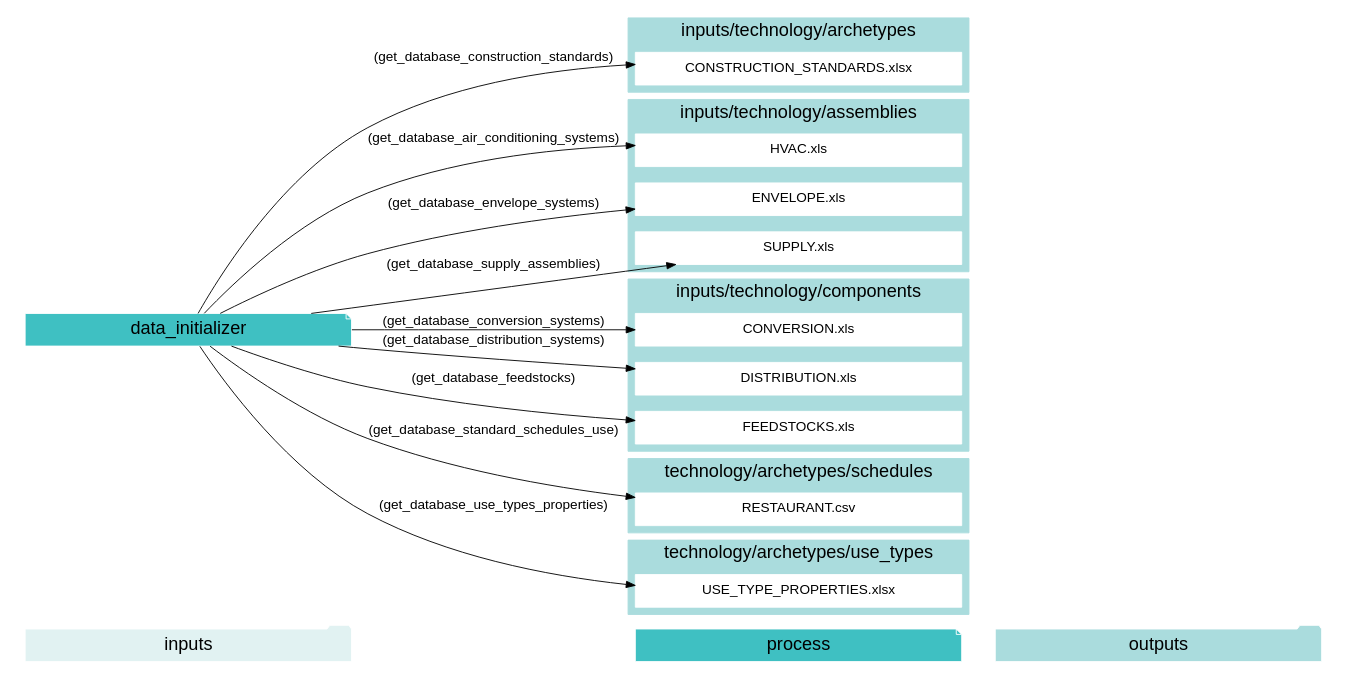
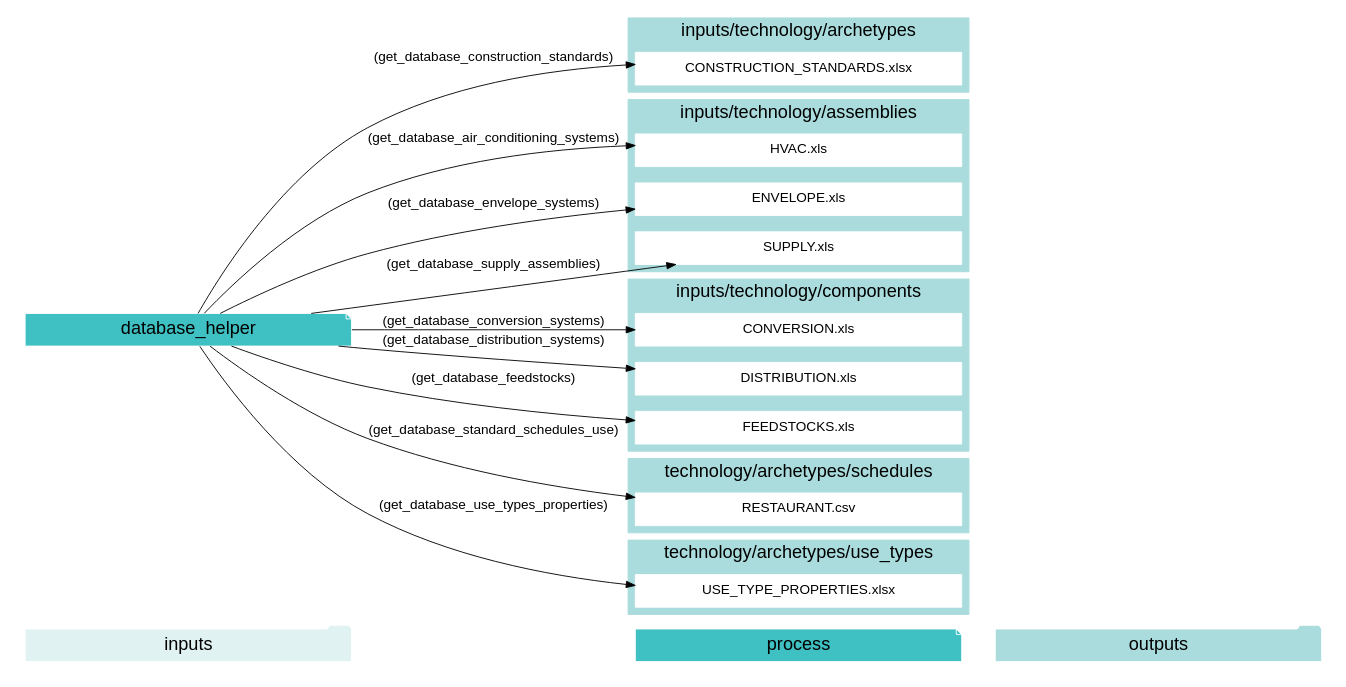
Before and after one commit to architecture-building-systems/CityEnergyAnalyst: diagram 14 of 22 in docs/script-data-flow.rst, drawn with Graphviz. The commit also changed other lines of this file and 15 other files, not shown here.

Commit message:
data initializer to database helper

```diff
--- a/docs/script-data-flow.rst
+++ b/docs/script-data-flow.rst
@@ -961,72 +961,72 @@
 .. graphviz::
 
-    digraph data_initializer {
+    digraph database_helper {
     rankdir="LR";
     graph [overlap=false, fontname=arial];
     node [shape=box, style=filled, color=white, fontsize=15, fontname=arial, fixedsize=true, width=5];
     edge [fontname=arial, fontsize = 15]
     newrank=true
     subgraph cluster_legend {
         fontsize=25
         style=invis
         "process"[style=filled, fillcolor="#3FC0C2", shape=note, fontsize=20, fontname="arial"]
         "inputs" [style=filled, shape=folder, color=white, fillcolor="#E1F2F2", fontsize=20]
         "outputs"[style=filled, shape=folder, color=white, fillcolor="#aadcdd", fontsize=20]
         "inputs"->"process"[style=invis]
         "process"->"outputs"[style=invis]
     }
-    "data_initializer"[style=filled, color=white, fillcolor="#3FC0C2", shape=note, fontsize=20, fontname=arial];
+    "database_helper"[style=filled, color=white, fillcolor="#3FC0C2", shape=note, fontsize=20, fontname=arial];
     subgraph cluster_0_out {
         style = filled;
         color = "#aadcdd";
         fontsize = 20;
         rank=same;
         label="inputs/technology/archetypes";
         get_database_construction_standards[label="CONSTRUCTION_STANDARDS.xlsx"];
     }
     subgraph cluster_1_out {
         style = filled;
         color = "#aadcdd";
         fontsize = 20;
         rank=same;
         label="inputs/technology/assemblies";
         get_database_air_conditioning_systems[label="HVAC.xls"];
         get_database_envelope_systems[label="ENVELOPE.xls"];
         get_database_supply_assemblies[label="SUPPLY.xls"];
     }
     subgraph cluster_2_out {
         style = filled;
         color = "#aadcdd";
         fontsize = 20;
         rank=same;
         label="inputs/technology/components";
         get_database_conversion_systems[label="CONVERSION.xls"];
         get_database_distribution_systems[label="DISTRIBUTION.xls"];
         get_database_feedstocks[label="FEEDSTOCKS.xls"];
     }
     subgraph cluster_3_out {
         style = filled;
         color = "#aadcdd";
         fontsize = 20;
         rank=same;
         label="technology/archetypes/schedules";
         get_database_standard_schedules_use[label="RESTAURANT.csv"];
     }
     subgraph cluster_4_out {
         style = filled;
         color = "#aadcdd";
         fontsize = 20;
         rank=same;
         label="technology/archetypes/use_types";
         get_database_use_types_properties[label="USE_TYPE_PROPERTIES.xlsx"];
     }
-    "data_initializer" -> get_database_air_conditioning_systems[label="(get_database_air_conditioning_systems)"];
-    "data_initializer" -> get_database_construction_standards[label="(get_database_construction_standards)"];
-    "data_initializer" -> get_database_conversion_systems[label="(get_database_conversion_systems)"];
-    "data_initializer" -> get_database_distribution_systems[label="(get_database_distribution_systems)"];
-    "data_initializer" -> get_database_envelope_systems[label="(get_database_envelope_systems)"];
-    "data_initializer" -> get_database_feedstocks[label="(get_database_feedstocks)"];
-    "data_initializer" -> get_database_standard_schedules_use[label="(get_database_standard_schedules_use)"];
-    "data_initializer" -> get_database_supply_assemblies[label="(get_database_supply_assemblies)"];
-    "data_initializer" -> get_database_use_types_properties[label="(get_database_use_types_properties)"];
+    "database_helper" -> get_database_air_conditioning_systems[label="(get_database_air_conditioning_systems)"];
+    "database_helper" -> get_database_construction_standards[label="(get_database_construction_standards)"];
+    "database_helper" -> get_database_conversion_systems[label="(get_database_conversion_systems)"];
+    "database_helper" -> get_database_distribution_systems[label="(get_database_distribution_systems)"];
+    "database_helper" -> get_database_envelope_systems[label="(get_database_envelope_systems)"];
+    "database_helper" -> get_database_feedstocks[label="(get_database_feedstocks)"];
+    "database_helper" -> get_database_standard_schedules_use[label="(get_database_standard_schedules_use)"];
+    "database_helper" -> get_database_supply_assemblies[label="(get_database_supply_assemblies)"];
+    "database_helper" -> get_database_use_types_properties[label="(get_database_use_types_properties)"];
     }
```
